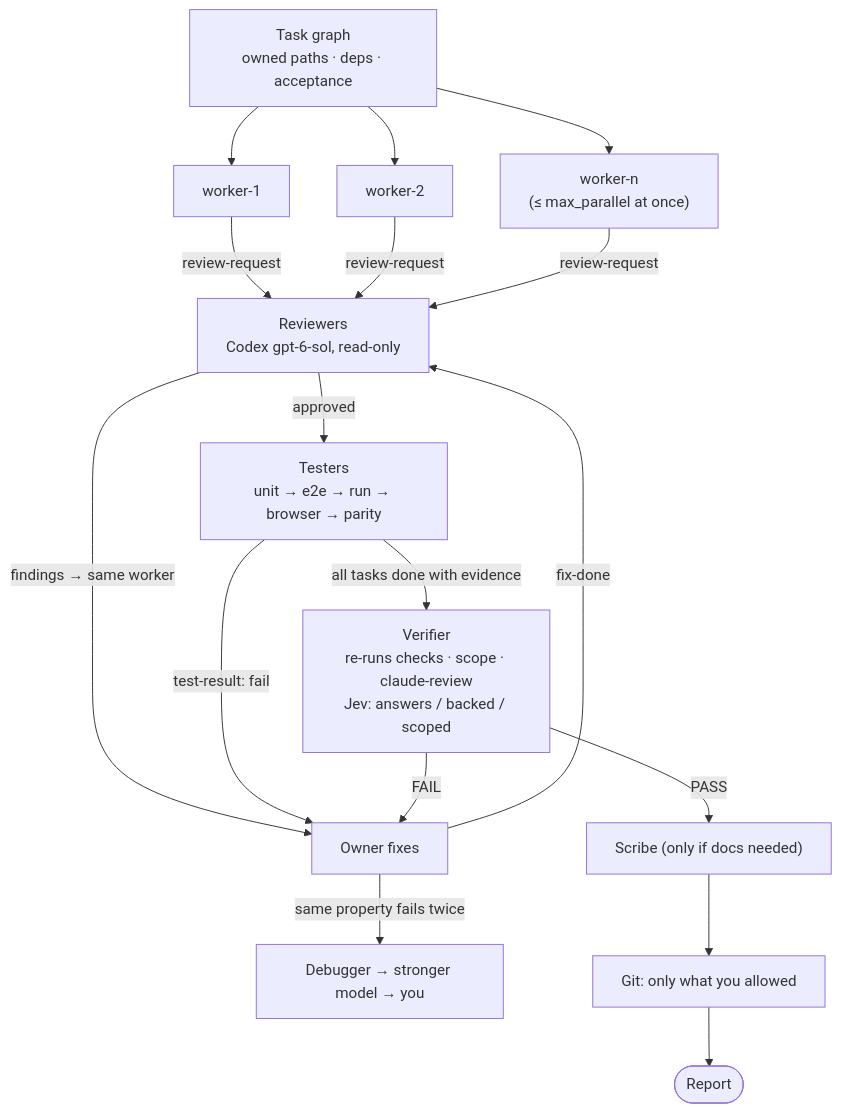
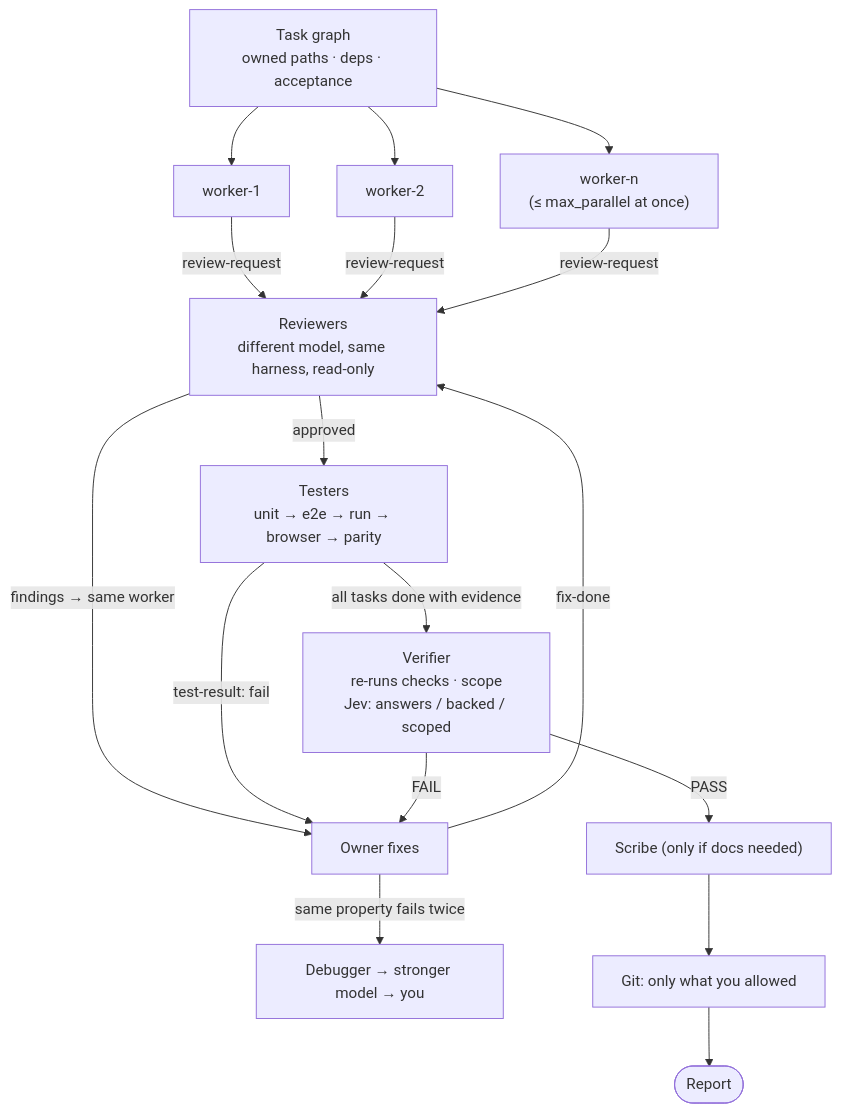
The second of 3 diagrams in README.md (zainokta/zstack), drawn with Mermaid before and after one commit. The commit also changed other lines of this file and 1 other file, not shown here.

````diff
--- a/README.md
+++ b/README.md
@@ -65,19 +77,19 @@
 ```mermaid
 flowchart TD
     T["Task graph<br/>owned paths · deps · acceptance"] --> W1[worker-1]
     T --> W2[worker-2]
     T --> W3["worker-n<br/>(≤ max_parallel at once)"]
     W1 -->|review-request| RV
     W2 -->|review-request| RV
     W3 -->|review-request| RV
-    RV["Reviewers<br/>Codex gpt-6-sol, read-only"] -->|"findings → same worker"| FIX[Owner fixes]
+    RV["Reviewers<br/>different model, same harness, read-only"] -->|"findings → same worker"| FIX[Owner fixes]
     FIX -->|fix-done| RV
     FIX -->|"same property fails twice"| DBG["Debugger → stronger model → you"]
     RV -->|approved| TS["Testers<br/>unit → e2e → run → browser → parity"]
     TS -->|"test-result: fail"| FIX
-    TS -->|all tasks done with evidence| VF["Verifier<br/>re-runs checks · scope · claude-review<br/>Jev: answers / backed / scoped"]
+    TS -->|all tasks done with evidence| VF["Verifier<br/>re-runs checks · scope<br/>Jev: answers / backed / scoped"]
     VF -->|FAIL| FIX
     VF -->|PASS| DOC["Scribe (only if docs needed)"]
     DOC --> GIT["Git: only what you allowed"]
     GIT --> REP([Report])
 ```
````
